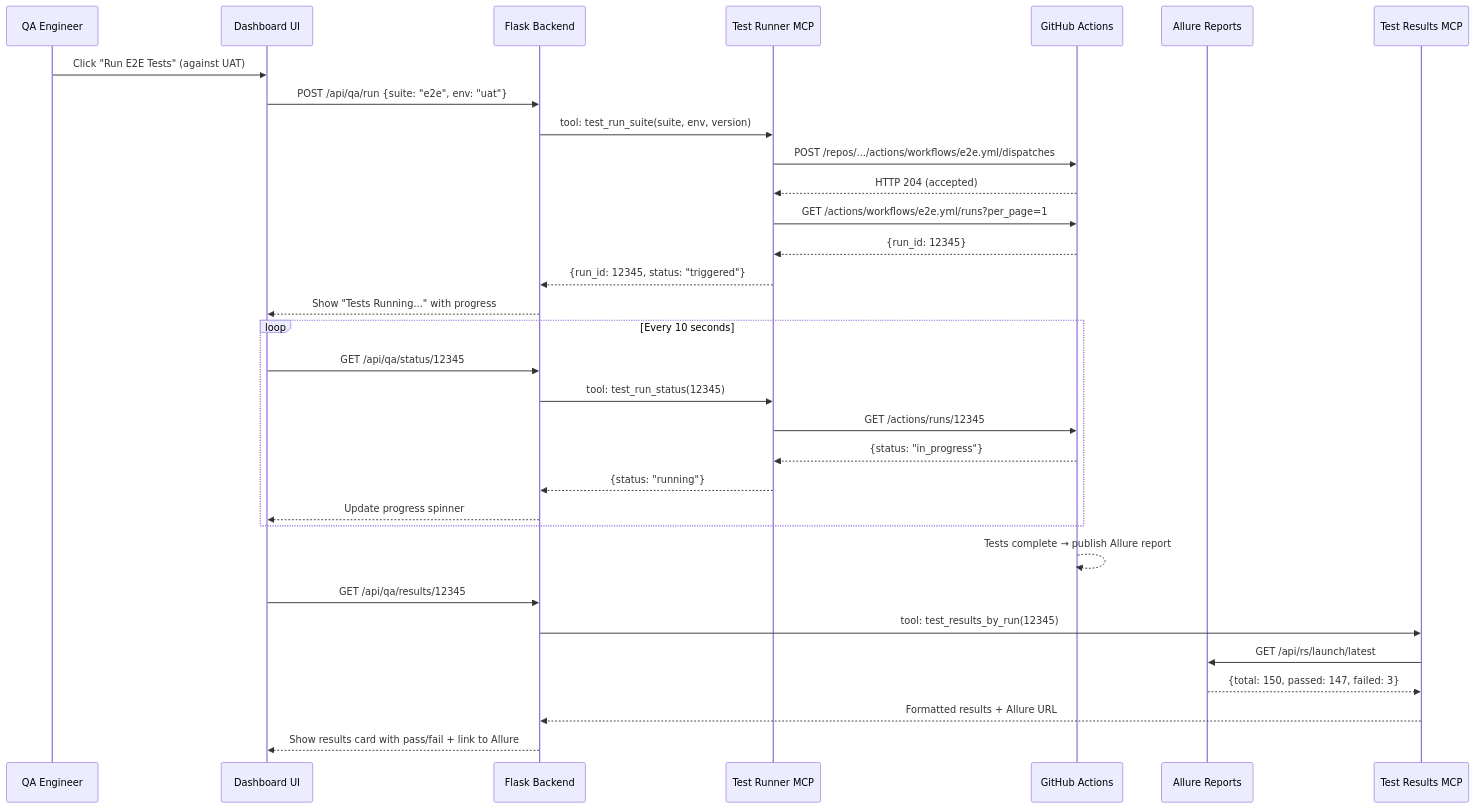
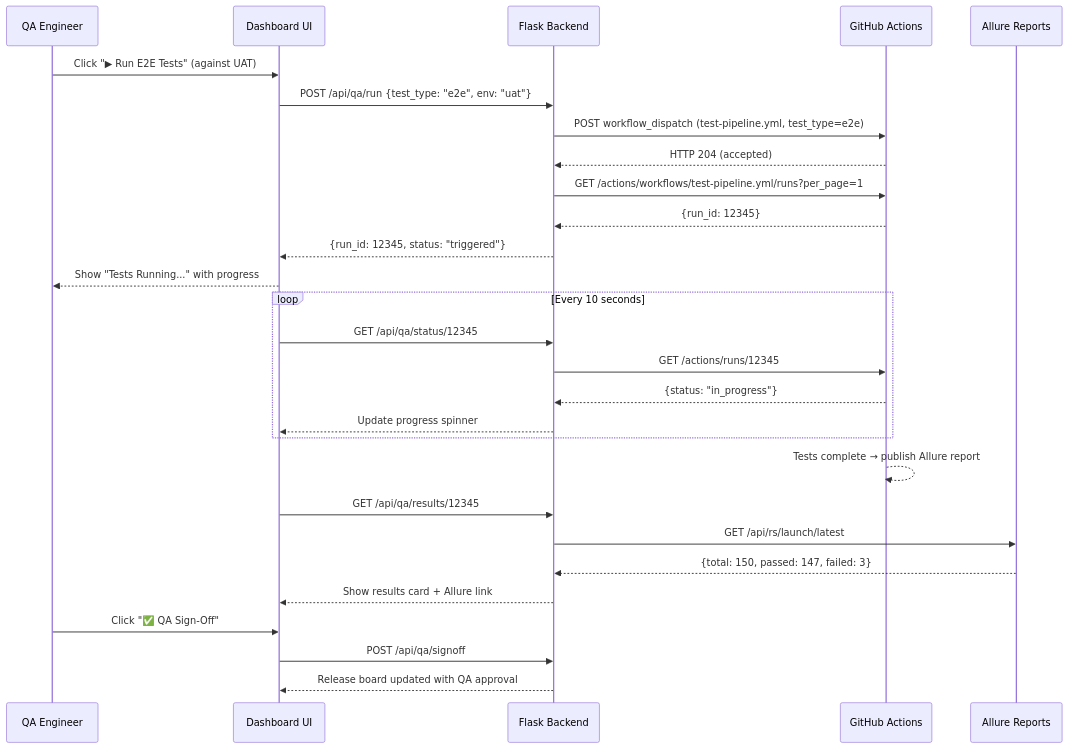
Before and after one commit to frnx82/release_readiness: the third of 3 diagrams in docs/QA-AUTOMATION-MCP-DESIGN.md, drawn with Mermaid. The commit also changed other lines of this file and 1 other file, not shown here.

Commit message:
adding test confluence

````diff
--- a/docs/QA-AUTOMATION-MCP-DESIGN.md
+++ b/docs/QA-AUTOMATION-MCP-DESIGN.md
@@ -497,37 +564,34 @@
 ```mermaid
 sequenceDiagram
-    participant User as QA Engineer
+    participant QA as QA Engineer
     participant UI as Dashboard UI
     participant API as Flask Backend
-    participant MCP as Test Runner MCP
     participant GHA as GitHub Actions
     participant Allure as Allure Reports
-    participant Results as Test Results MCP
 
-    User->>UI: Click "Run E2E Tests" (against UAT)
-    UI->>API: POST /api/qa/run {suite: "e2e", env: "uat"}
-    API->>MCP: tool: test_run_suite(suite, env, version)
-    MCP->>GHA: POST /repos/.../actions/workflows/e2e.yml/dispatches
-    GHA-->>MCP: HTTP 204 (accepted)
-    MCP->>GHA: GET /actions/workflows/e2e.yml/runs?per_page=1
-    GHA-->>MCP: {run_id: 12345}
-    MCP-->>API: {run_id: 12345, status: "triggered"}
-    API-->>UI: Show "Tests Running..." with progress
+    QA->>UI: Click "▶ Run E2E Tests" (against UAT)
+    UI->>API: POST /api/qa/run {test_type: "e2e", env: "uat"}
+    API->>GHA: POST workflow_dispatch (test-pipeline.yml, test_type=e2e)
+    GHA-->>API: HTTP 204 (accepted)
+    API->>GHA: GET /actions/workflows/test-pipeline.yml/runs?per_page=1
+    GHA-->>API: {run_id: 12345}
+    API-->>UI: {run_id: 12345, status: "triggered"}
+    UI-->>QA: Show "Tests Running..." with progress
 
     loop Every 10 seconds
         UI->>API: GET /api/qa/status/12345
-        API->>MCP: tool: test_run_status(12345)
-        MCP->>GHA: GET /actions/runs/12345
-        GHA-->>MCP: {status: "in_progress"}
-        MCP-->>API: {status: "running"}
+        API->>GHA: GET /actions/runs/12345
+        GHA-->>API: {status: "in_progress"}
         API-->>UI: Update progress spinner
     end
 
     GHA-->>GHA: Tests complete → publish Allure report
     UI->>API: GET /api/qa/results/12345
-    API->>Results: tool: test_results_by_run(12345)
-    Results->>Allure: GET /api/rs/launch/latest
-    Allure-->>Results: {total: 150, passed: 147, failed: 3}
-    Results-->>API: Formatted results + Allure URL
-    API-->>UI: Show results card with pass/fail + link to Allure
+    API->>Allure: GET /api/rs/launch/latest
+    Allure-->>API: {total: 150, passed: 147, failed: 3}
+    API-->>UI: Show results card + Allure link
+
+    QA->>UI: Click "✅ QA Sign-Off"
+    UI->>API: POST /api/qa/signoff
+    API-->>UI: Release board updated with QA approval
 ```
````
